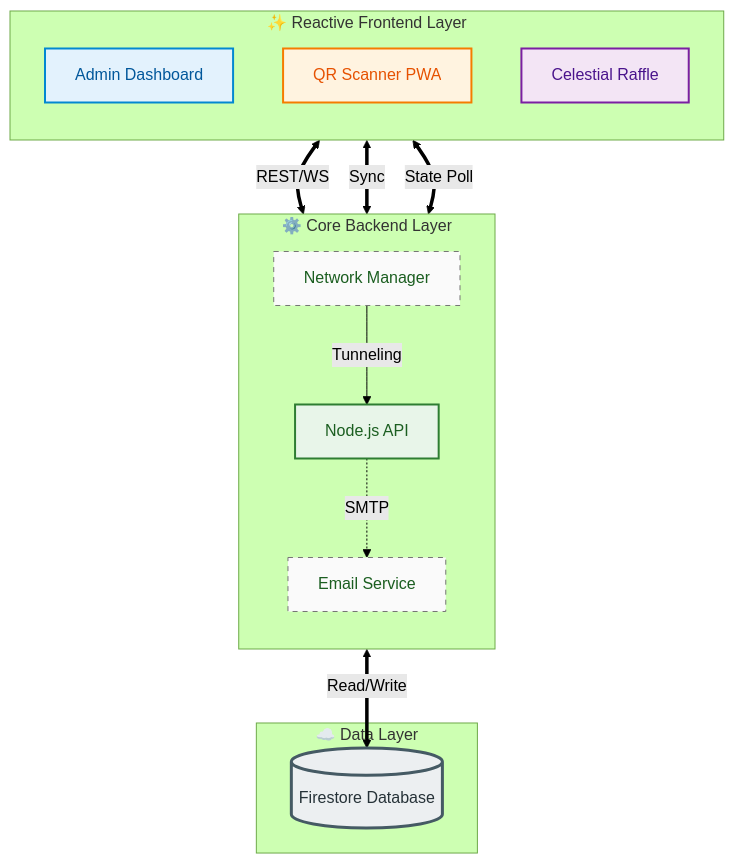
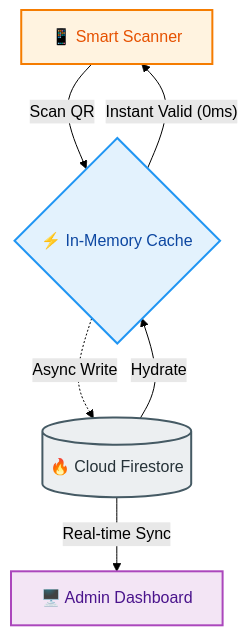
One commit to NullifiedUniverse/ticketing-system changed the first of 2 diagrams in README.md. Above: the diagram before and after it, drawn with Mermaid (forest theme). The commit also changed other lines of this file and 12 other files, not shown here.

````diff
--- a/README.md
+++ b/README.md
@@ -11,37 +31,21 @@
 ```mermaid
 graph TD
-    %% Node Definitions
-    subgraph Frontend ["✨ Reactive Frontend Layer"]
-        direction TB
-        A[Admin Dashboard]:::react
-        C[QR Scanner PWA]:::html
-        G[Celestial Raffle]:::canvas
-    end
-    
-    subgraph Backend ["⚙️ Core Backend Layer"]
-        direction TB
-        B[Node.js API]:::node
-        E[Email Service]:::service
-        F[Network Manager]:::service
-    end
-    
-    subgraph Persistence ["☁️ Data Layer"]
-        D[(Firestore Database)]:::db
-    end
+    %% Nodes
+    Scanner[📱 Smart Scanner]:::device
+    Cache{⚡ In-Memory Cache}:::memory
+    DB[(🔥 Cloud Firestore)]:::db
+    Dash[🖥️ Admin Dashboard]:::react
 
-    %% Connections
-    A <==>|REST/WS| B
-    C <==>|Sync| B
-    G <==>|State Poll| B
-    B <==>|Read/Write| D
-    B -.->|SMTP| E
-    F -->|Tunneling| B
-    
-    %% Styles
-    classDef react fill:#e3f2fd,stroke:#0288d1,stroke-width:2px,color:#01579b
-    classDef html fill:#fff3e0,stroke:#f57c00,stroke-width:2px,color:#e65100
-    classDef canvas fill:#f3e5f5,stroke:#7b1fa2,stroke-width:2px,color:#4a148c
-    classDef node fill:#e8f5e9,stroke:#2e7d32,stroke-width:2px,color:#1b5e20
-    classDef service fill:#fafafa,stroke:#757575,stroke-width:1px,stroke-dasharray: 5 5
-    classDef db fill:#eceff1,stroke:#455a64,stroke-width:3px,color:#263238
+    %% Flows
+    Scanner -- "Scan QR" --> Cache
+    Cache -- "Instant Valid (0ms)" --> Scanner
+    Cache -.-> |"Async Write"| DB
+    DB -- "Real-time Sync" --> Dash
+    DB -- "Hydrate" --> Cache
+
+    %% Styling
+    classDef device fill:#fff3e0,stroke:#f57c00,stroke-width:2px,color:#e65100
+    classDef memory fill:#e3f2fd,stroke:#2196f3,stroke-width:2px,color:#0d47a1
+    classDef db fill:#eceff1,stroke:#455a64,stroke-width:2px,color:#263238
+    classDef react fill:#f3e5f5,stroke:#ab47bc,stroke-width:2px,color:#4a148c
 ```
````
